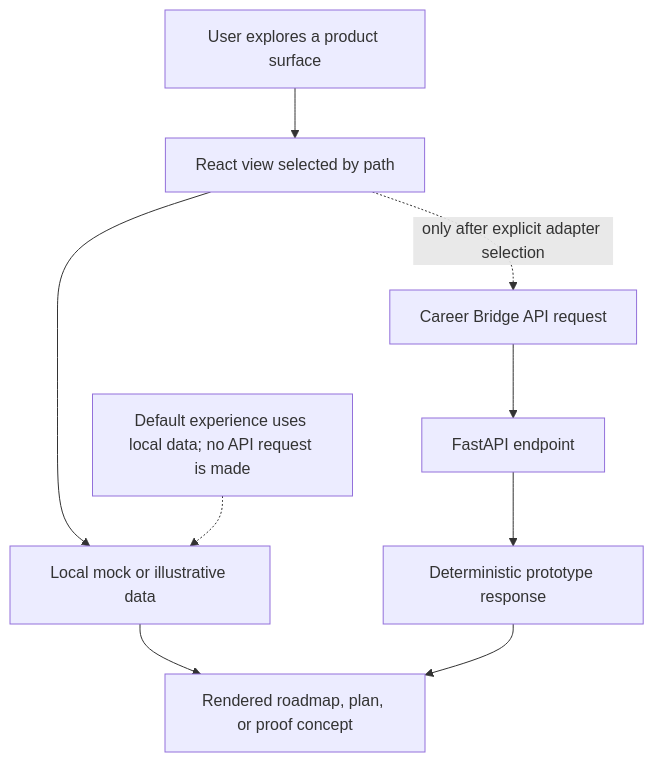
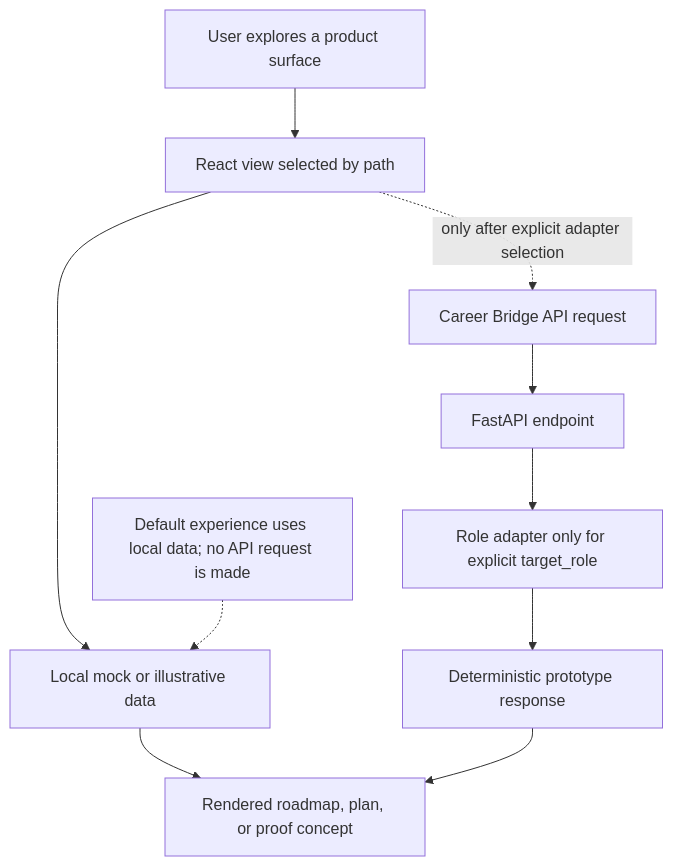
One commit to 5sricharan7/skillbridge changed the second of 6 diagrams in README.md. Above: the diagram before and after it, drawn with Mermaid. The commit also changed other lines of this file and 7 other files, not shown here.

````diff
--- a/README.md
+++ b/README.md
@@ -110,11 +118,12 @@
 ```mermaid
 flowchart TD
     Learner[User explores a product surface] --> Route[React view selected by path]
     Route --> Mock[Local mock or illustrative data]
     Mock --> Render[Rendered roadmap, plan, or proof concept]
     Route -. only after explicit adapter selection .-> Request[Career Bridge API request]
     Request --> Service[FastAPI endpoint]
-    Service --> Result[Deterministic prototype response]
+    Service --> Adapter[Role adapter only for explicit target_role]
+    Adapter --> Result[Deterministic prototype response]
     Result --> Render
     Note[Default experience uses local data; no API request is made] -.-> Mock
 ```
````
